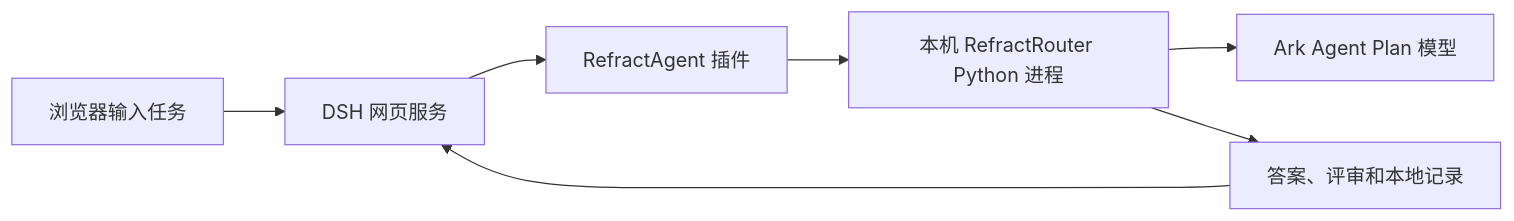
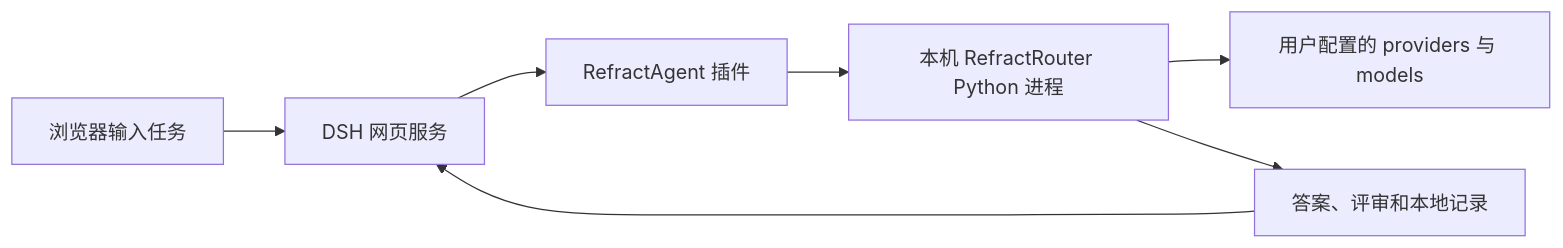
Before and after one commit to AEALab/RefractRouter: the diagram in docs/refractagent-local-quickstart.md, drawn with Mermaid. The commit also changed other lines of this file and 33 other files, not shown here.

````diff
--- a/docs/refractagent-local-quickstart.md
+++ b/docs/refractagent-local-quickstart.md
@@ -14,9 +14,9 @@
 ```mermaid
 flowchart LR
     U[浏览器输入任务] --> D[DSH 网页服务]
     D --> P[RefractAgent 插件]
     P --> R[本机 RefractRouter Python 进程]
-    R --> A[Ark Agent Plan 模型]
+    R --> A[用户配置的 providers 与 models]
     R --> F[答案、评审和本地记录]
     F --> D
 ```
````
